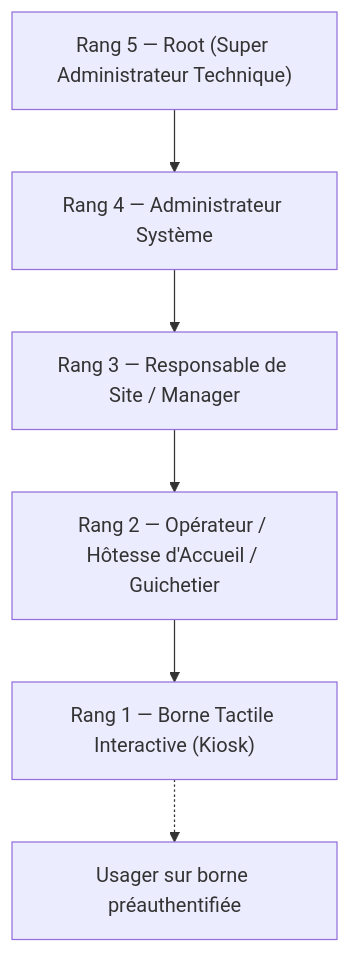
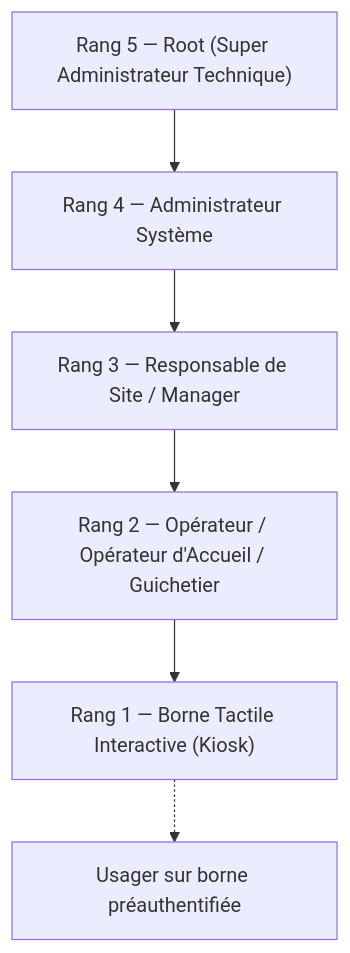
Before and after one commit to issam027/dori-api: the first of 6 diagrams in ai/sfd.md, drawn with Mermaid. The commit also changed other lines of this file and 104 other files, not shown here.

````diff
--- a/ai/sfd.md
+++ b/ai/sfd.md
@@ -93,8 +93,8 @@
 ```mermaid
 graph TD
     Root["Rang 5 — Root (Super Administrateur Technique)"] --> Admin["Rang 4 — Administrateur Système"]
     Admin --> Manager["Rang 3 — Responsable de Site / Manager"]
-    Manager --> Hostess["Rang 2 — Opérateur / Hôtesse d'Accueil / Guichetier"]
-    Hostess --> Kiosk["Rang 1 — Borne Tactile Interactive (Kiosk)"]
+    Manager --> Operator["Rang 2 — Opérateur / Opérateur d'Accueil / Guichetier"]
+    Operator --> Kiosk["Rang 1 — Borne Tactile Interactive (Kiosk)"]
     Kiosk -.-> Visitor["Usager sur borne préauthentifiée"]
 ```
````
